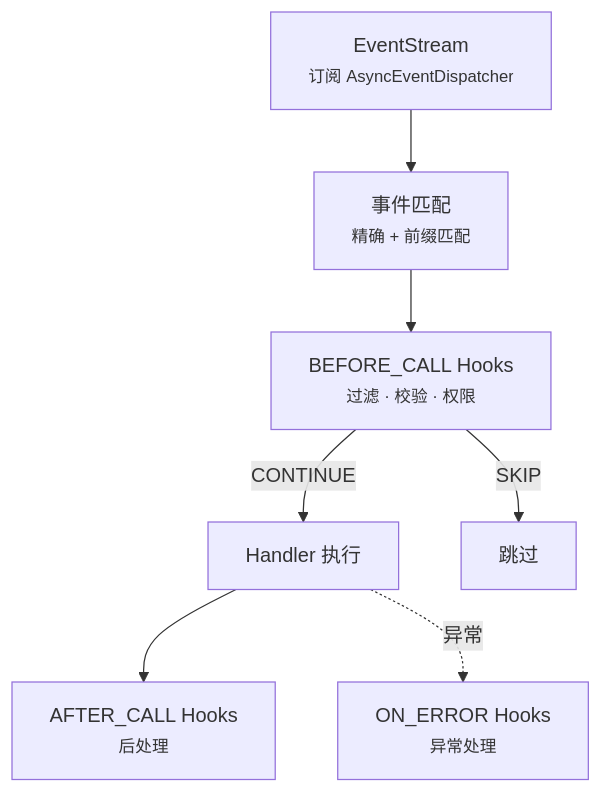
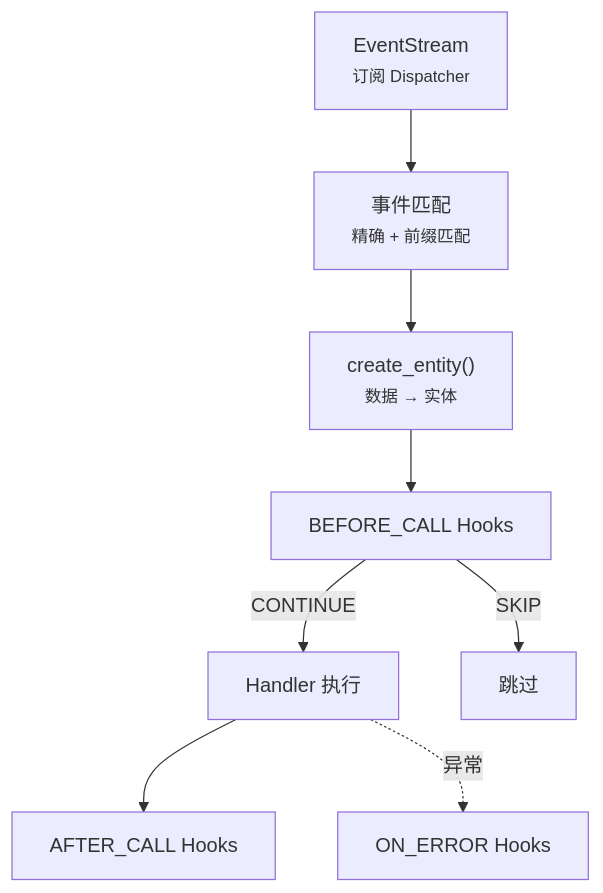
Before and after one commit to Sparrived/ncatbot: the seventh of 16 diagrams in docs/architecture.md, drawn with Mermaid. The commit also changed other lines of this file and 91 other files, not shown here.

````diff
--- a/docs/architecture.md
+++ b/docs/architecture.md
@@ -377,16 +413,18 @@
 ```mermaid
 graph TB
-    Stream["EventStream<br/><small>订阅 AsyncEventDispatcher</small>"]
+    Stream["EventStream<br/><small>订阅 Dispatcher</small>"]
     Match["事件匹配<br/><small>精确 + 前缀匹配</small>"]
-    Before["BEFORE_CALL Hooks<br/><small>过滤 · 校验 · 权限</small>"]
+    Entity["create_entity()<br/><small>数据 → 实体</small>"]
+    Before["BEFORE_CALL Hooks"]
     Handler["Handler 执行"]
-    After["AFTER_CALL Hooks<br/><small>后处理</small>"]
-    Error["ON_ERROR Hooks<br/><small>异常处理</small>"]
+    After["AFTER_CALL Hooks"]
+    Error["ON_ERROR Hooks"]
 
     Stream --> Match
-    Match --> Before
+    Match --> Entity
+    Entity --> Before
     Before -->|CONTINUE| Handler
     Before -->|SKIP| Skip["跳过"]
     Handler --> After
     Handler -.->|异常| Error
 ```
````
